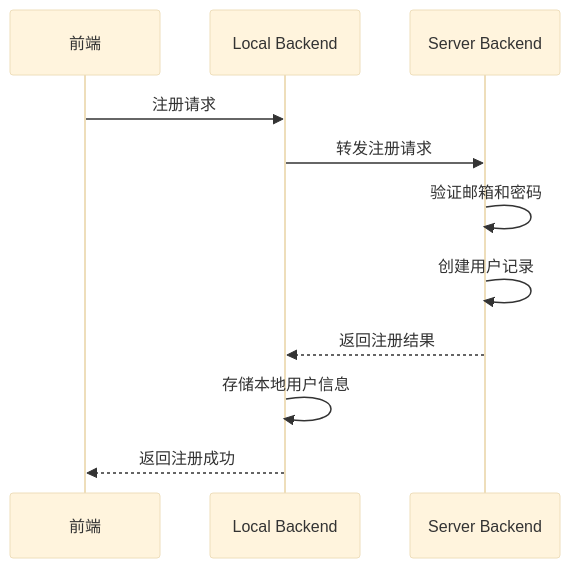
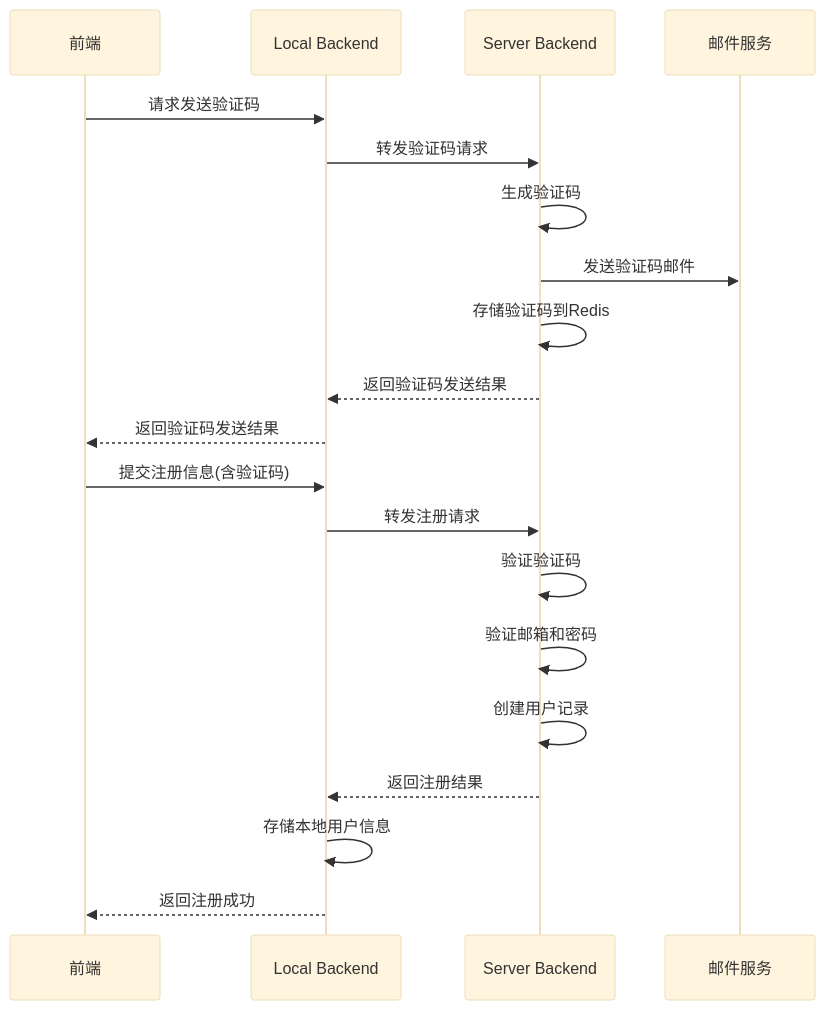
The first of 5 diagrams in README.md (Leoliyanmin/MyProAgent), drawn with Mermaid (base theme) before and after one commit. The commit also changed other lines of this file and 12 other files, not shown here.

````diff
--- a/README.md
+++ b/README.md
@@ -60,14 +61,24 @@
 ```mermaid
 sequenceDiagram
     participant Client as 前端
     participant Local as Local Backend
     participant Server as Server Backend
+    participant Email as 邮件服务
     
-    Client->>Local: 注册请求
+    Client->>Local: 请求发送验证码
+    Local->>Server: 转发验证码请求
+    Server->>Server: 生成验证码
+    Server->>Email: 发送验证码邮件
+    Server->>Server: 存储验证码到Redis
+    Server-->>Local: 返回验证码发送结果
+    Local-->>Client: 返回验证码发送结果
+    
+    Client->>Local: 提交注册信息(含验证码)
     Local->>Server: 转发注册请求
+    Server->>Server: 验证验证码
     Server->>Server: 验证邮箱和密码
     Server->>Server: 创建用户记录
     Server-->>Local: 返回注册结果
     Local->>Local: 存储本地用户信息
     Local-->>Client: 返回注册成功
 ```
````
